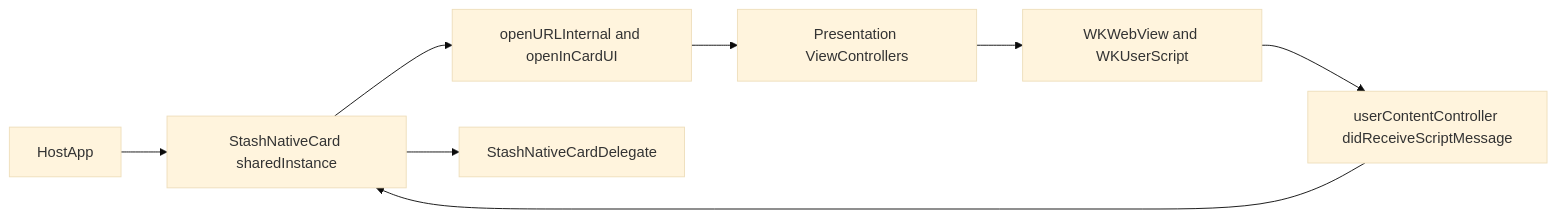
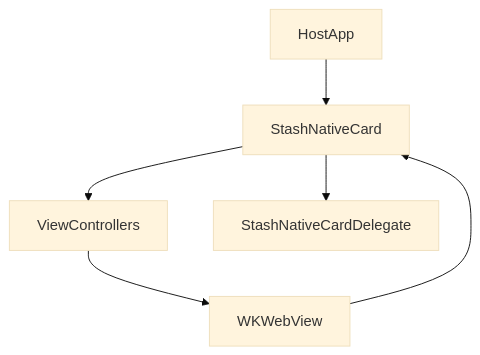
Before and after one commit to stashgg/stash-native: the first of 3 diagrams in docs/ios.md, drawn with Mermaid (base theme). The commit also changed other lines of this file and 6 other files, not shown here.

````diff
--- a/docs/ios.md
+++ b/docs/ios.md
@@ -79,18 +61,14 @@
 ```mermaid
-flowchart LR
-    HostApp[HostApp]
-    Facade[StashNativeCard sharedInstance]
-    Router[openURLInternal and openInCardUI]
-    Controllers[Presentation ViewControllers]
-    Web[WKWebView and WKUserScript]
-    Handlers[userContentController didReceiveScriptMessage]
-    Delegate[StashNativeCardDelegate]
+flowchart TB
+    App[HostApp]
+    Card[StashNativeCard]
+    VC[ViewControllers]
+    Web[WKWebView]
+    Del[StashNativeCardDelegate]
 
-    HostApp --> Facade
-    Facade --> Router
-    Router --> Controllers
-    Controllers --> Web
-    Web --> Handlers
-    Handlers --> Facade
-    Facade --> Delegate
+    App --> Card
+    Card --> VC
+    VC --> Web
+    Web --> Card
+    Card --> Del
 ```
````
